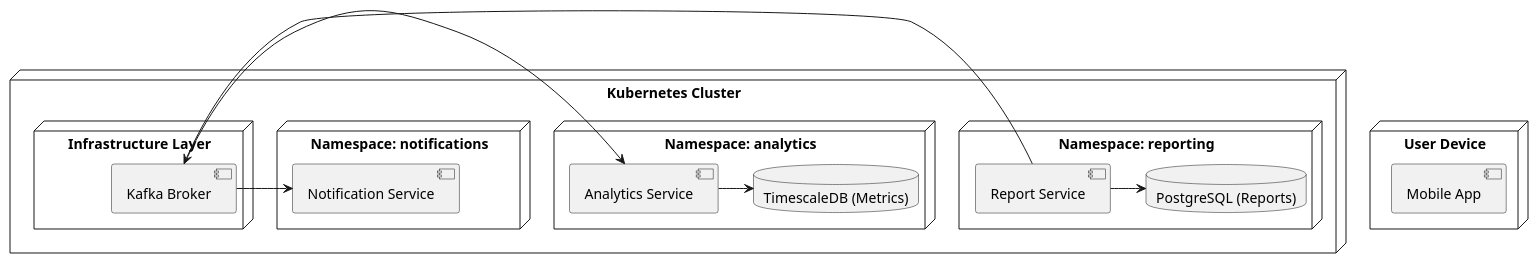
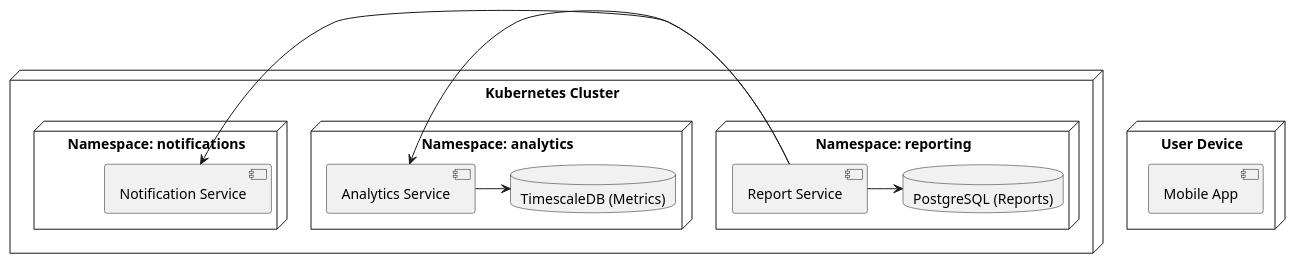
One commit to Mini-max-Maxi-min/projecr-go changed the second of 2 diagrams in lab3/Readme.md. Above: the diagram before and after it, drawn with PlantUML. The commit also changed other lines of this file, not shown here.

````diff
--- a/lab3/Readme.md
+++ b/lab3/Readme.md
@@ -104,36 +102,30 @@
 ```plantuml
 @startuml
 node "User Device" {
   component "Mobile App"
 }
 
 node "Kubernetes Cluster" {
-  
+
   node "Namespace: reporting" {
     component "Report Service" as RS
     database "PostgreSQL (Reports)" as RDB
   }
 
   node "Namespace: analytics" {
     component "Analytics Service" as AS
     database "TimescaleDB (Metrics)" as ADB
   }
 
   node "Namespace: notifications" {
     component "Notification Service" as NS
   }
 
-  node "Infrastructure Layer" {
-    component "Kafka Broker" as MQ
-  }
 }
 
 RS -> RDB
 AS -> ADB
-
-RS -> MQ
-MQ -> AS
-MQ -> NS
-
+RS -> AS
+RS -> NS
 @enduml
 ```
````
